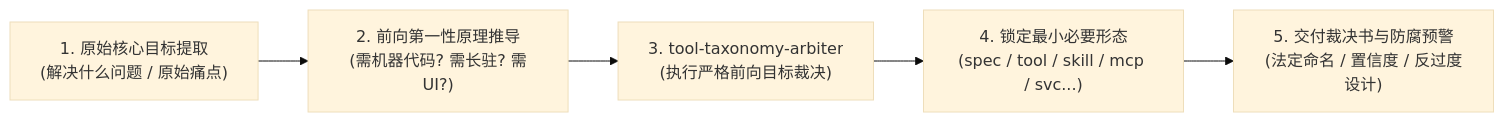
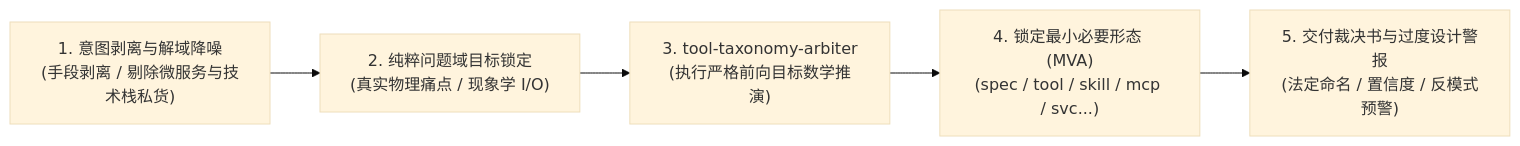
One commit to Longgekutta/skill-taxonomy-arbiter changed the diagram in SKILL.md. Above: the diagram before and after it, drawn with Mermaid (base theme). The commit also changed other lines of this file, not shown here.

Commit message:
docs(skill): add intent de-noising, 11 archetype foundations, and anti-pattern alerts

````diff
--- a/SKILL.md
+++ b/SKILL.md
@@ -16,7 +16,7 @@
 ```mermaid
 flowchart LR
-    A["1. 原始核心目标提取<br/>(解决什么问题 / 原始痛点)"] --> B["2. 前向第一性原理推导<br/>(需机器代码? 需长驻? 需UI?)"]
-    B --> C["3. tool-taxonomy-arbiter<br/>(执行严格前向目标裁决)"]
-    C --> D["4. 锁定最小必要形态<br/>(spec / tool / skill / mcp / svc...)"]
-    D --> E["5. 交付裁决书与防腐预警<br/>(法定命名 / 置信度 / 反过度设计)"]
+    A["1. 意图剥离与解域降噪<br/>(手段剥离 / 剔除微服务与技术栈私货)"] --> B["2. 纯粹问题域目标锁定<br/>(真实物理痛点 / 现象学 I/O)"]
+    B --> C["3. tool-taxonomy-arbiter<br/>(执行严格前向目标数学推演)"]
+    C --> D["4. 锁定最小必要形态 (MVA)<br/>(spec / tool / skill / mcp / svc...)"]
+    D --> E["5. 交付裁决书与过度设计警报<br/>(法定命名 / 置信度 / 反模式预警)"]
 ```
````
